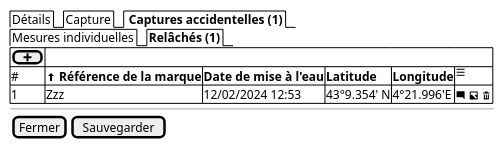
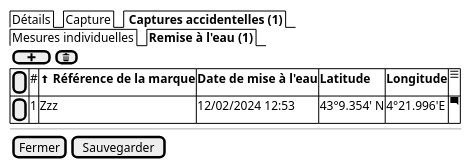
One commit to sumaris-net/sumaris-doc changed the diagram in projects/obsmer/spe/images/batch/batch-accident-release.puml. Above: the diagram before and after it, drawn with PlantUML. The commit also changed 18 other files, not shown here.

```diff
--- a/projects/obsmer/spe/images/batch/batch-accident-release.puml
+++ b/projects/obsmer/spe/images/batch/batch-accident-release.puml
@@ -1,18 +1,18 @@
 @startsalt
 {
 
   {/  Détails | Capture | <b> Captures accidentelles (1) }
-  {/  Mesures individuelles | <b>Relâchés (1) }
+  {/  Mesures individuelles | <b>Remise à l'eau (1) }
 
+    { [ <&plus> ] | [<&trash>] }
 	{#
-      [ <&plus>]
-      # | <&arrow-thick-top> <b>Référence de la marque | <b>Date de mise à l'eau     | <b>Latitude   | <b>Longitude | <&menu>
-      1 | Zzz | 12/02/2024 12:53          | 43°9.354' N | 4°21.996'E | <&comment-square> <&image> <&trash>
+      [ ] | # | <&arrow-thick-top> <b>Référence de la marque | <b>Date de mise à l'eau     | <b>Latitude   | <b>Longitude | <&menu>
+      [ ] | 1 | Zzz | 12/02/2024 12:53          | 43°9.354' N | 4°21.996'E | <&comment-square>
     }
   --
 
   {
     [Fermer] | [Sauvegarder]
   }
 }
 @endsalt
```
